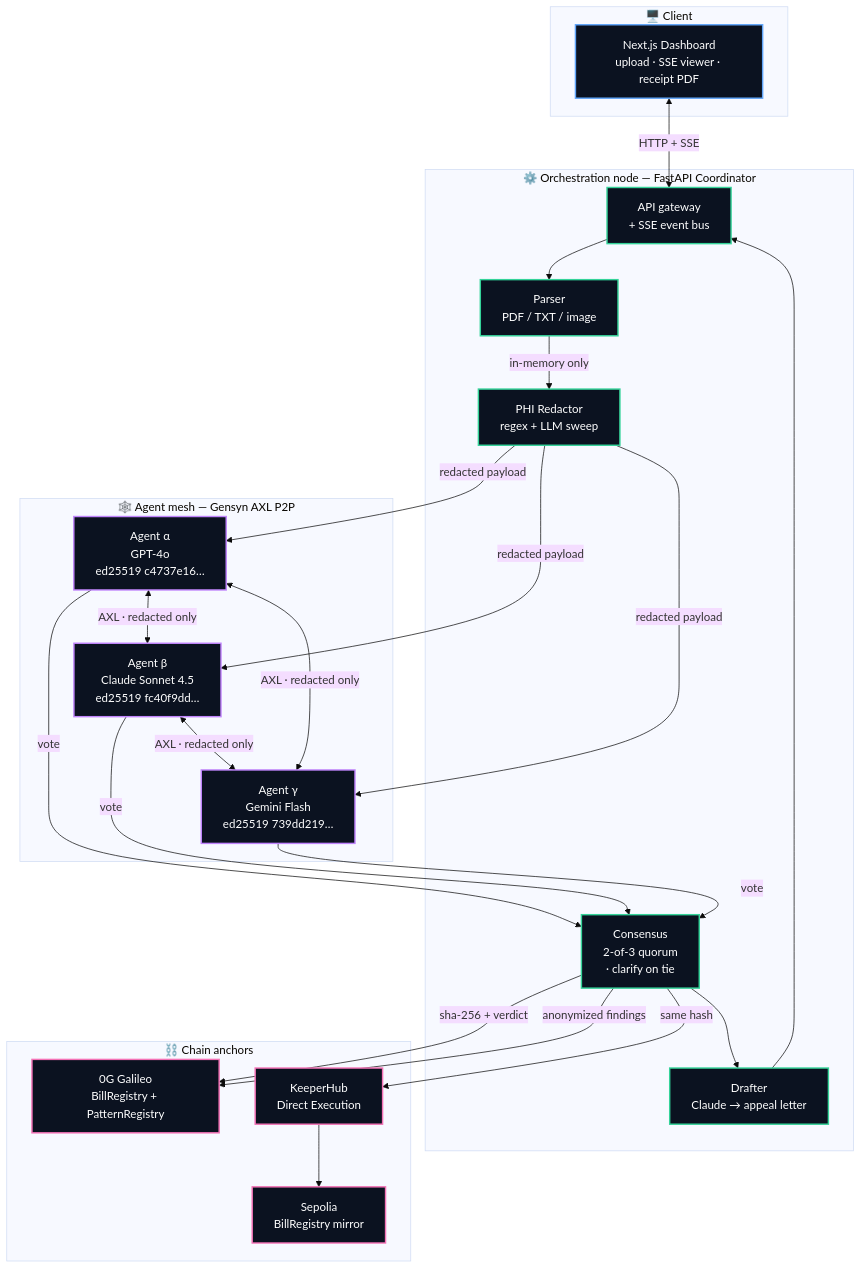
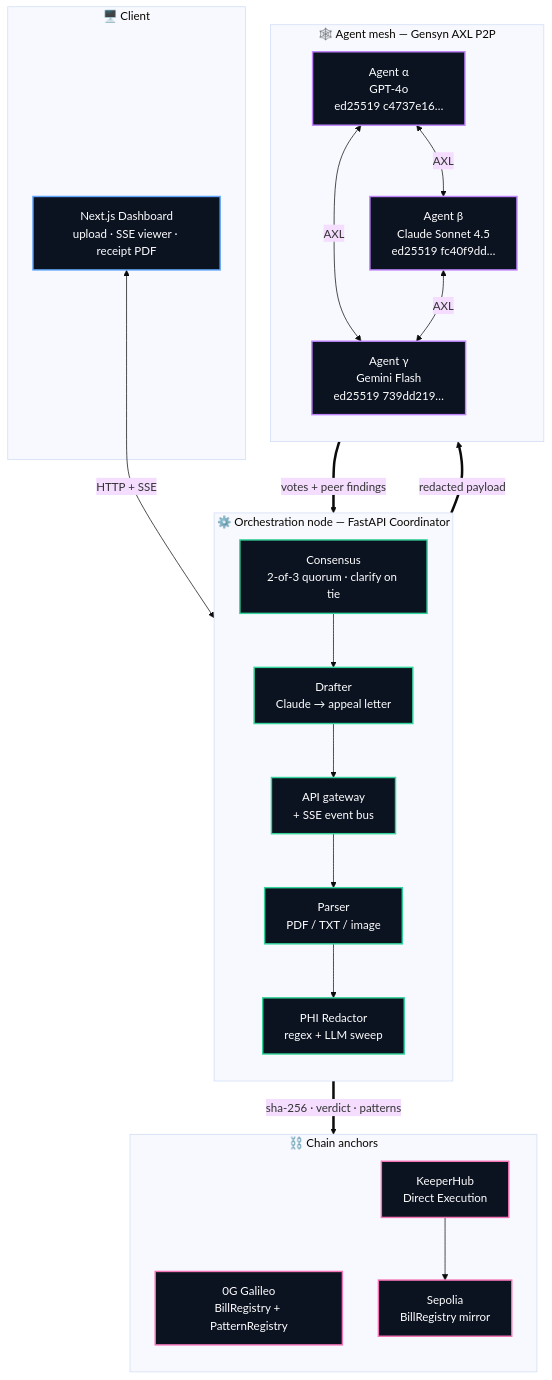
Before and after one commit to jhatch3/lethe-: the diagram in README.md, drawn with Mermaid (base theme).

````diff
--- a/README.md
+++ b/README.md
@@ -73,56 +73,50 @@
 ```mermaid
 flowchart TB
     subgraph Client["🖥️ Client"]
         UI[Next.js Dashboard<br/>upload · SSE viewer · receipt PDF]
     end
 
     subgraph Orchestration["⚙️ Orchestration node — FastAPI Coordinator"]
+        direction TB
         API[API gateway<br/>+ SSE event bus]
         Parse[Parser<br/>PDF / TXT / image]
         Redact[PHI Redactor<br/>regex + LLM sweep]
-        Tally[Consensus<br/>2-of-3 quorum<br/>· clarify on tie]
+        Tally[Consensus<br/>2-of-3 quorum · clarify on tie]
         Drafter[Drafter<br/>Claude → appeal letter]
     end
 
     subgraph AgentMesh["🕸️ Agent mesh — Gensyn AXL P2P"]
+        direction TB
         Alpha[Agent α<br/>GPT-4o<br/>ed25519 c4737e16…]
         Beta[Agent β<br/>Claude Sonnet 4.5<br/>ed25519 fc40f9dd…]
         Gamma[Agent γ<br/>Gemini Flash<br/>ed25519 739dd219…]
+        Alpha <-->|AXL| Beta
+        Alpha <-->|AXL| Gamma
+        Beta <-->|AXL| Gamma
     end
 
     subgraph Chain["⛓️ Chain anchors"]
+        direction TB
         ZG[0G Galileo<br/>BillRegistry + PatternRegistry]
         KH[KeeperHub<br/>Direct Execution]
         Sep[Sepolia<br/>BillRegistry mirror]
+        KH --> Sep
     end
 
     UI <-->|HTTP + SSE| API
-    API --> Parse
-    Parse -->|in-memory only| Redact
-    Redact -->|redacted payload| Alpha & Beta & Gamma
-
-    Alpha <-->|AXL · redacted only| Beta
-    Beta <-->|AXL · redacted only| Gamma
-    Alpha <-->|AXL · redacted only| Gamma
-
-    Alpha -->|vote| Tally
-    Beta -->|vote| Tally
-    Gamma -->|vote| Tally
-
-    Tally --> Drafter
-    Tally -->|sha-256 + verdict| ZG
-    Tally -->|same hash| KH
-    KH --> Sep
-    Tally -->|anonymized findings| ZG
-    Drafter --> API
+    API --> Parse --> Redact
+    Redact ==>|redacted payload| AgentMesh
+    AgentMesh ==>|votes + peer findings| Tally
+    Tally --> Drafter --> API
+    Tally ==>|sha-256 · verdict · patterns| Chain
 
     classDef client fill:#0b1220,stroke:#60a5fa,stroke-width:2px,color:#fff
     classDef orch   fill:#0b1220,stroke:#34d399,stroke-width:2px,color:#fff
     classDef agent  fill:#0b1220,stroke:#c084fc,stroke-width:2px,color:#fff
     classDef chain  fill:#0b1220,stroke:#f472b6,stroke-width:2px,color:#fff
 
     class UI client
     class API,Parse,Redact,Tally,Drafter orch
     class Alpha,Beta,Gamma agent
     class ZG,KH,Sep chain
 ```
````
